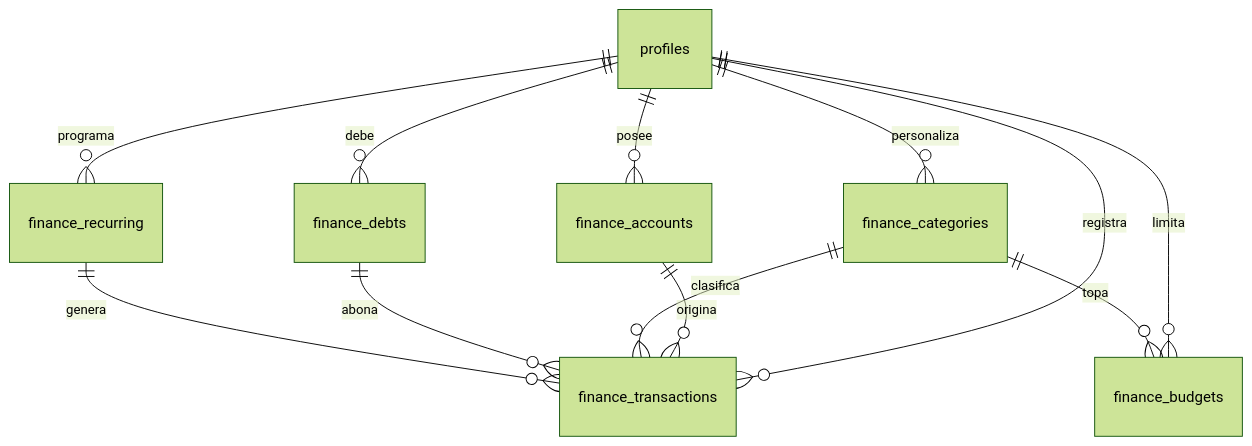
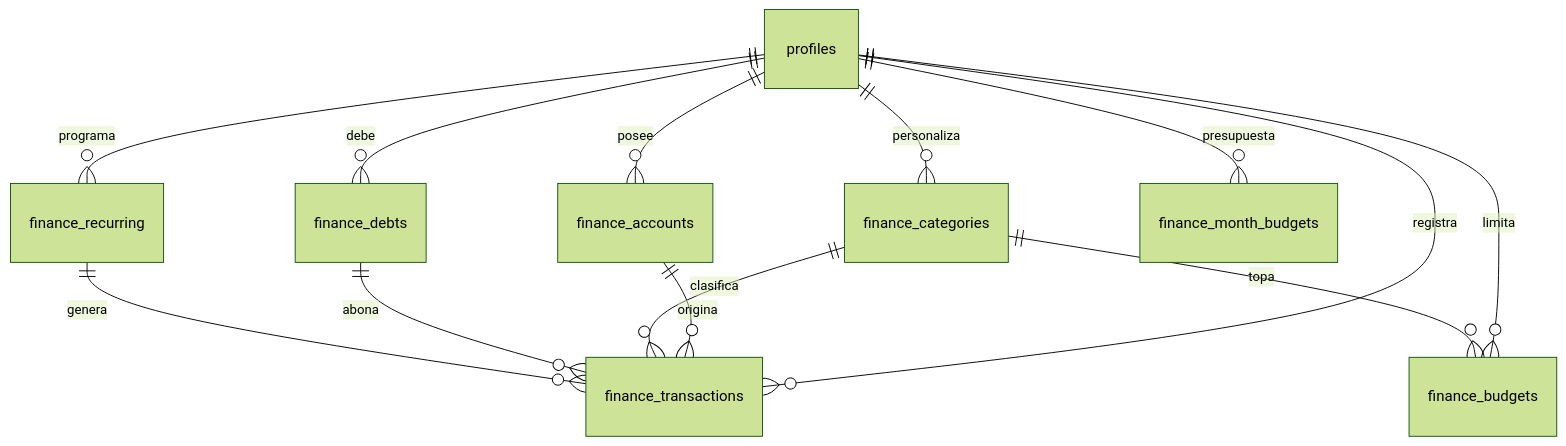
One commit to ccamilomc/nexus changed the eighth of 8 diagrams in docs/04-modelo-de-datos.md. Above: the diagram before and after it, drawn with Mermaid (forest theme). The commit also changed other lines of this file and 13 other files, not shown here.

````diff
--- a/docs/04-modelo-de-datos.md
+++ b/docs/04-modelo-de-datos.md
@@ -527,14 +533,15 @@
 ```mermaid
 erDiagram
     profiles ||--o{ finance_accounts : posee
     profiles ||--o{ finance_categories : personaliza
     profiles ||--o{ finance_transactions : registra
     profiles ||--o{ finance_debts : debe
     profiles ||--o{ finance_recurring : programa
     profiles ||--o{ finance_budgets : limita
+    profiles ||--o{ finance_month_budgets : presupuesta
     finance_accounts ||--o{ finance_transactions : origina
     finance_categories ||--o{ finance_transactions : clasifica
     finance_categories ||--o{ finance_budgets : topa
     finance_debts ||--o{ finance_transactions : abona
     finance_recurring ||--o{ finance_transactions : genera
 ```
````
